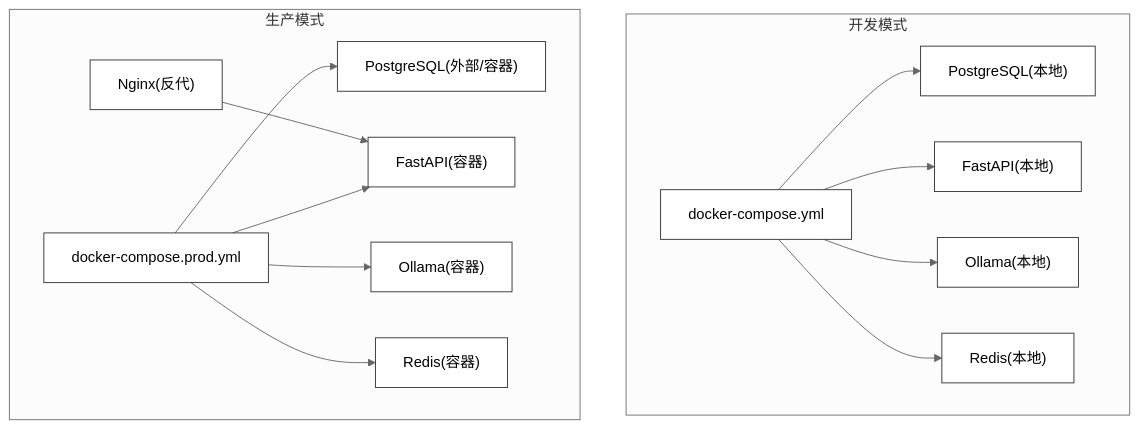
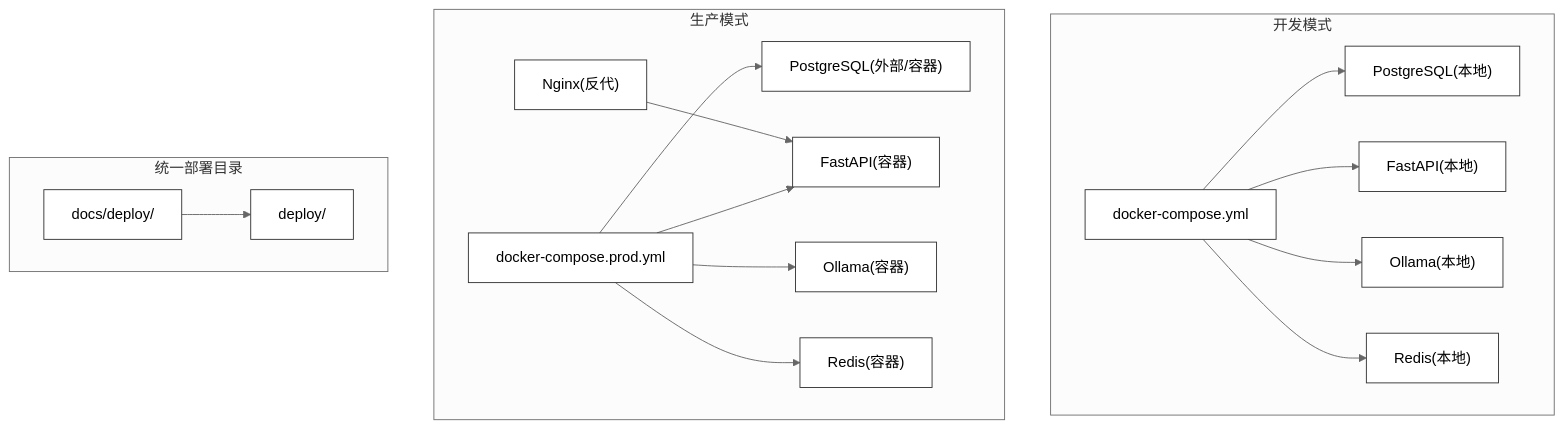
Before and after one commit to dream-ze/AI_huoke-: the second of 8 diagrams in .qoder/repowiki/zh/content/部署与运维/部署与运维.md, drawn with Mermaid (neutral theme). The commit also changed other lines of this file and 52 other files, not shown here.

````diff
--- a/.qoder/repowiki/zh/content/部署与运维/部署与运维.md
+++ b/.qoder/repowiki/zh/content/部署与运维/部署与运维.md
@@ -98,28 +133,33 @@
 ```mermaid
 graph TB
 subgraph "开发模式"
 DevDB["PostgreSQL(本地)"]:::node
 DevBackend["FastAPI(本地)"]:::node
 DevOllama["Ollama(本地)"]:::node
 DevRedis["Redis(本地)"]:::node
 DevCompose["docker-compose.yml"]:::node
 DevCompose --> DevDB
 DevCompose --> DevBackend
 DevCompose --> DevOllama
 DevCompose --> DevRedis
 end
 subgraph "生产模式"
 ProdDB["PostgreSQL(外部/容器)"]:::node
 ProdBackend["FastAPI(容器)"]:::node
 ProdOllama["Ollama(容器)"]:::node
 ProdRedis["Redis(容器)"]:::node
 ProdNginx["Nginx(反代)"]:::node
 ProdCompose["docker-compose.prod.yml"]:::node
 ProdCompose --> ProdDB
 ProdCompose --> ProdBackend
 ProdCompose --> ProdOllama
 ProdCompose --> ProdRedis
 ProdNginx --> ProdBackend
 end
+subgraph "统一部署目录"
+UnifiedDeploy["deploy/"]:::node
+UnifiedGuide["docs/deploy/"]:::node
+UnifiedGuide --> UnifiedDeploy
+end
 classDef node fill:#fff,stroke:#333,stroke-width:1px;
 ```
````
